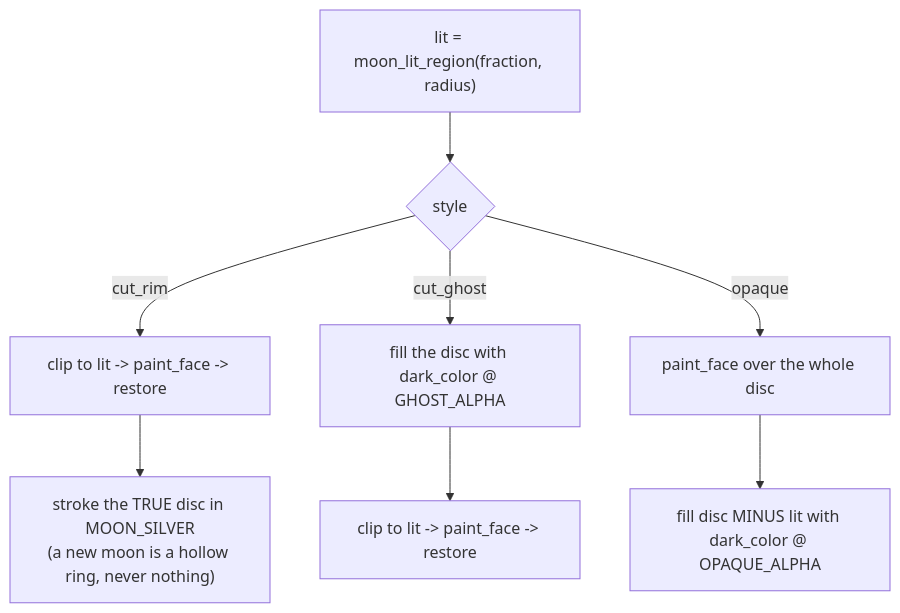
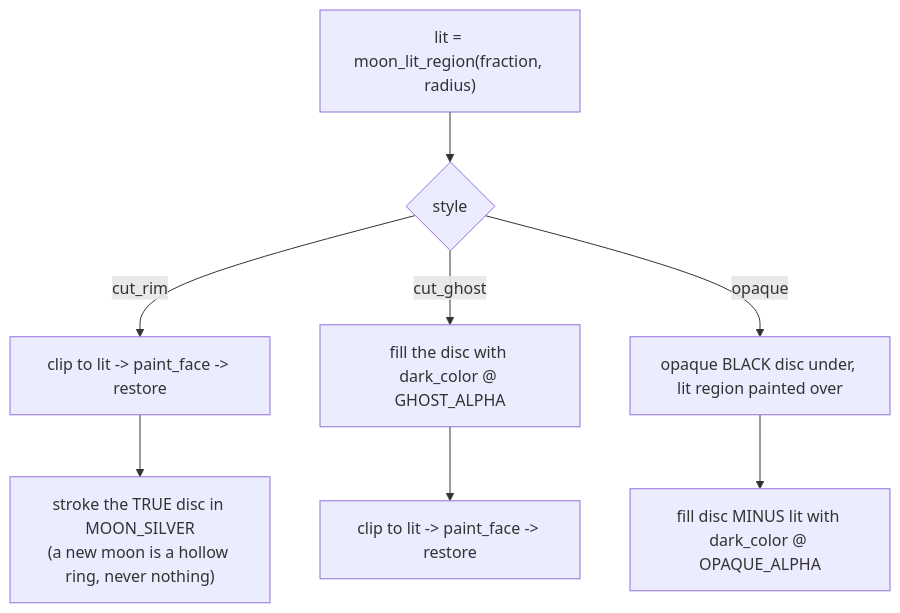
The diagram in render/__flow/moon_face.md (UVuruna/Watch-Academy), drawn with Mermaid before and after one commit. The commit also changed 17 other files, not shown here.

````diff
--- a/render/__flow/moon_face.md
+++ b/render/__flow/moon_face.md
@@ -7,10 +7,10 @@
 ```mermaid
 flowchart TD
     A[lit = moon_lit_region#40;fraction, radius#41;] --> B{style}
     B -- cut_rim --> C[clip to lit -> paint_face -> restore]
     C --> D["stroke the TRUE disc in MOON_SILVER\n(a new moon is a hollow ring, never nothing)"]
     B -- cut_ghost --> E["fill the disc with dark_color @ GHOST_ALPHA"]
     E --> F[clip to lit -> paint_face -> restore]
-    B -- opaque --> G[paint_face over the whole disc]
+    B -- opaque --> G[opaque BLACK disc under, lit region painted over]
     G --> H["fill disc MINUS lit with dark_color @ OPAQUE_ALPHA"]
 ```
````
